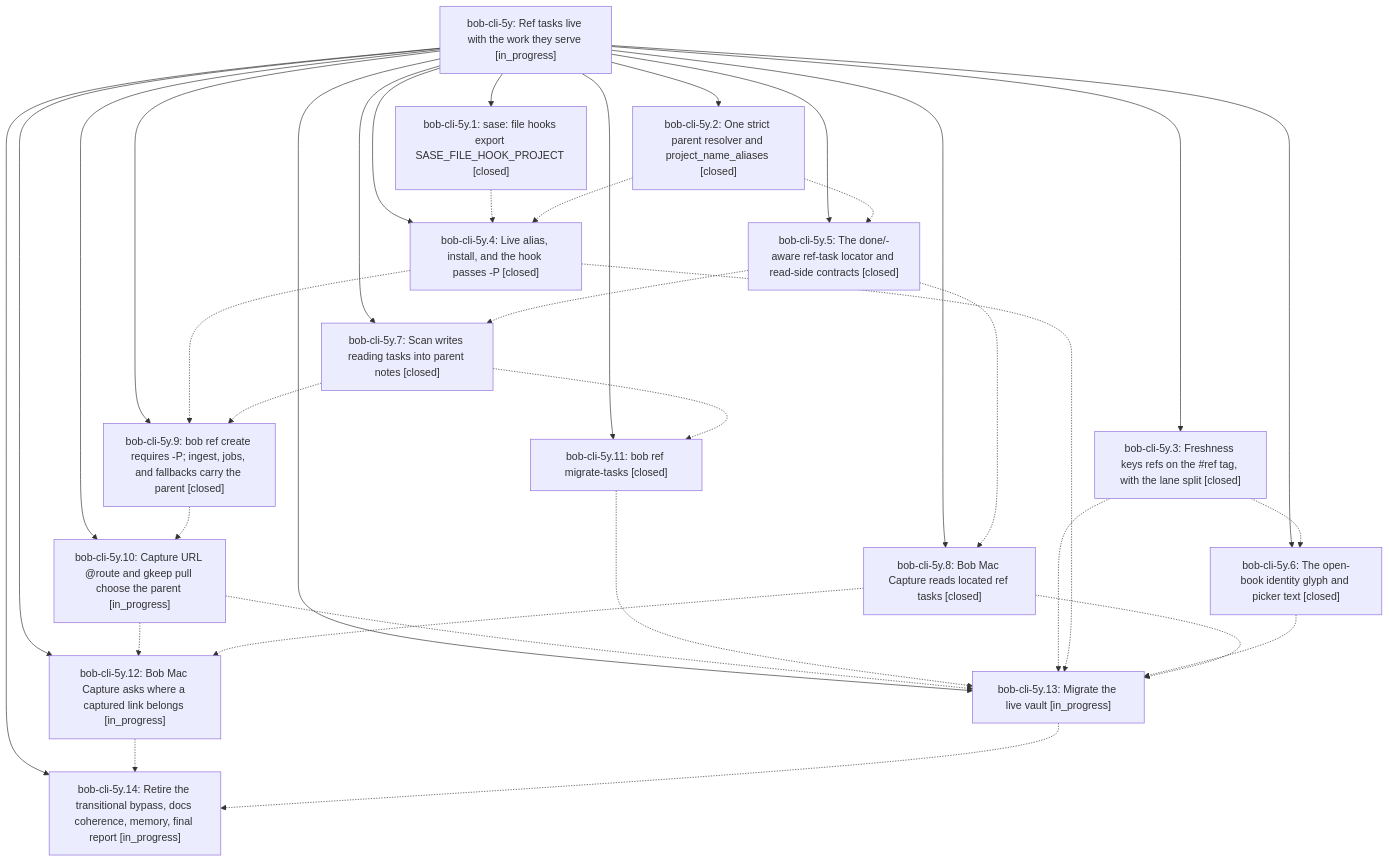
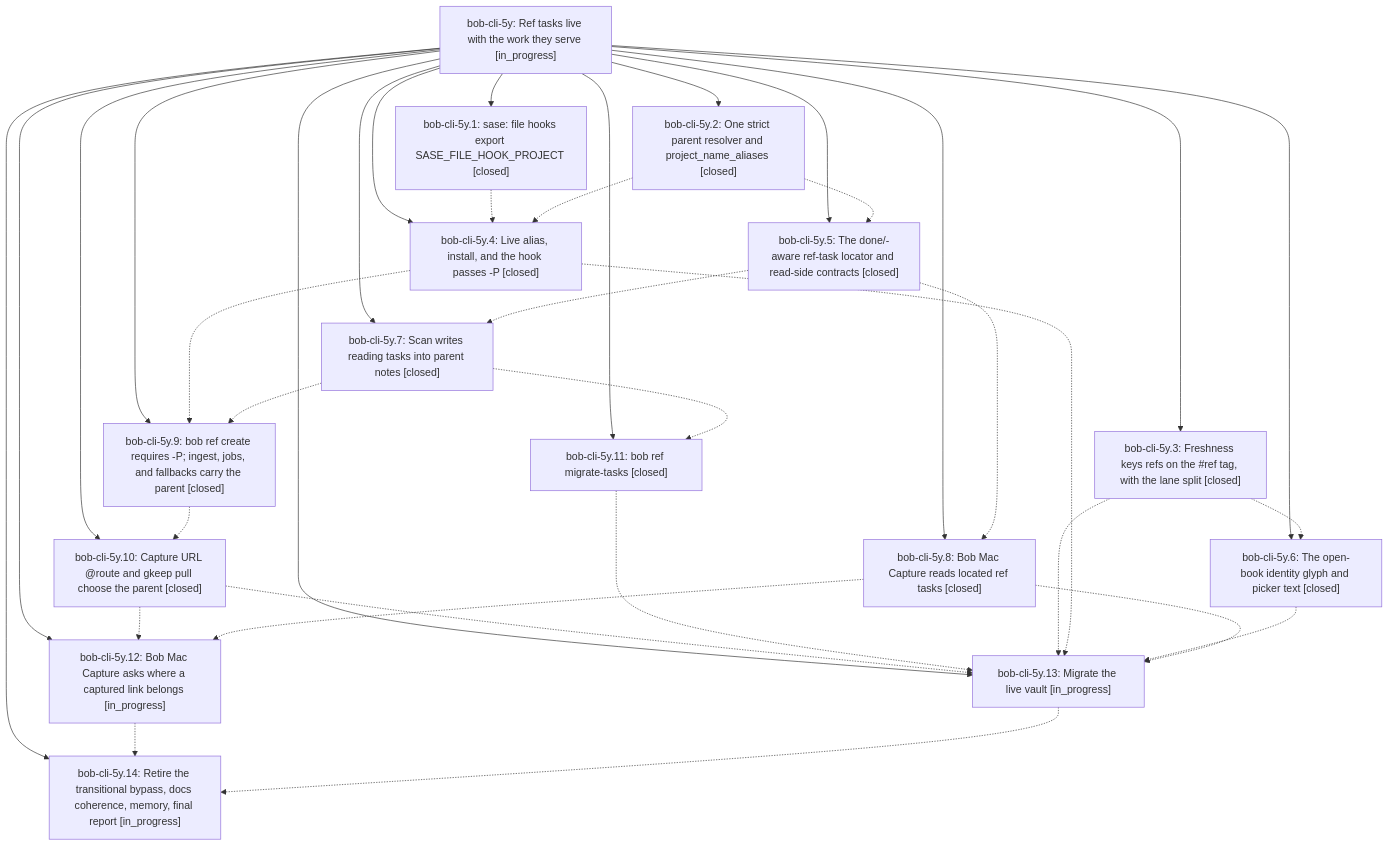
The diagram in pages/bob-cli-5y/README.md (bobs-org/bob-cli--beads), drawn with Mermaid before and after one commit. The commit also changed other lines of this file and 4 other files, not shown here.

First line of the commit message:
chore(beads): sync bead state and pages for bob-cli-5y

````diff
--- a/pages/bob-cli-5y/README.md
+++ b/pages/bob-cli-5y/README.md
@@ -55,52 +55,52 @@
 ```mermaid
 flowchart TD
     n0["bob-cli-5y: Ref tasks live with the work they serve [in_progress]"]
     n1["bob-cli-5y.1: sase: file hooks export SASE_FILE_HOOK_PROJECT [closed]"]
-    n2["bob-cli-5y.10: Capture URL @route and gkeep pull choose the parent [in_progress]"]
+    n2["bob-cli-5y.10: Capture URL @route and gkeep pull choose the parent [closed]"]
     n3["bob-cli-5y.11: bob ref migrate-tasks [closed]"]
     n4["bob-cli-5y.12: Bob Mac Capture asks where a captured link belongs [in_progress]"]
     n5["bob-cli-5y.13: Migrate the live vault [in_progress]"]
     n6["bob-cli-5y.14: Retire the transitional bypass, docs coherence, memory, final report [in_progress]"]
     n7["bob-cli-5y.2: One strict parent resolver and project_name_aliases [closed]"]
     n8["bob-cli-5y.3: Freshness keys refs on the #ref tag, with the lane split [closed]"]
     n9["bob-cli-5y.4: Live alias, install, and the hook passes -P [closed]"]
     n10["bob-cli-5y.5: The done/-aware ref-task locator and read-side contracts [closed]"]
     n11["bob-cli-5y.6: The open-book identity glyph and picker text [closed]"]
     n12["bob-cli-5y.7: Scan writes reading tasks into parent notes [closed]"]
     n13["bob-cli-5y.8: Bob Mac Capture reads located ref tasks [closed]"]
     n14["bob-cli-5y.9: bob ref create requires -P; ingest, jobs, and fallbacks carry the parent [closed]"]
     n0 --> n1
     n0 --> n2
     n0 --> n3
     n0 --> n4
     n0 --> n5
     n0 --> n6
     n0 --> n7
     n0 --> n8
     n0 --> n9
     n0 --> n10
     n0 --> n11
     n0 --> n12
     n0 --> n13
     n0 --> n14
     n1 -.-> n9
     n2 -.-> n4
     n2 -.-> n5
     n3 -.-> n5
     n4 -.-> n6
     n5 -.-> n6
     n7 -.-> n9
     n7 -.-> n10
     n8 -.-> n5
     n8 -.-> n11
     n9 -.-> n5
     n9 -.-> n14
     n10 -.-> n12
     n10 -.-> n13
     n11 -.-> n5
     n12 -.-> n3
     n12 -.-> n14
     n13 -.-> n4
     n13 -.-> n5
     n14 -.-> n2
 ```
````
